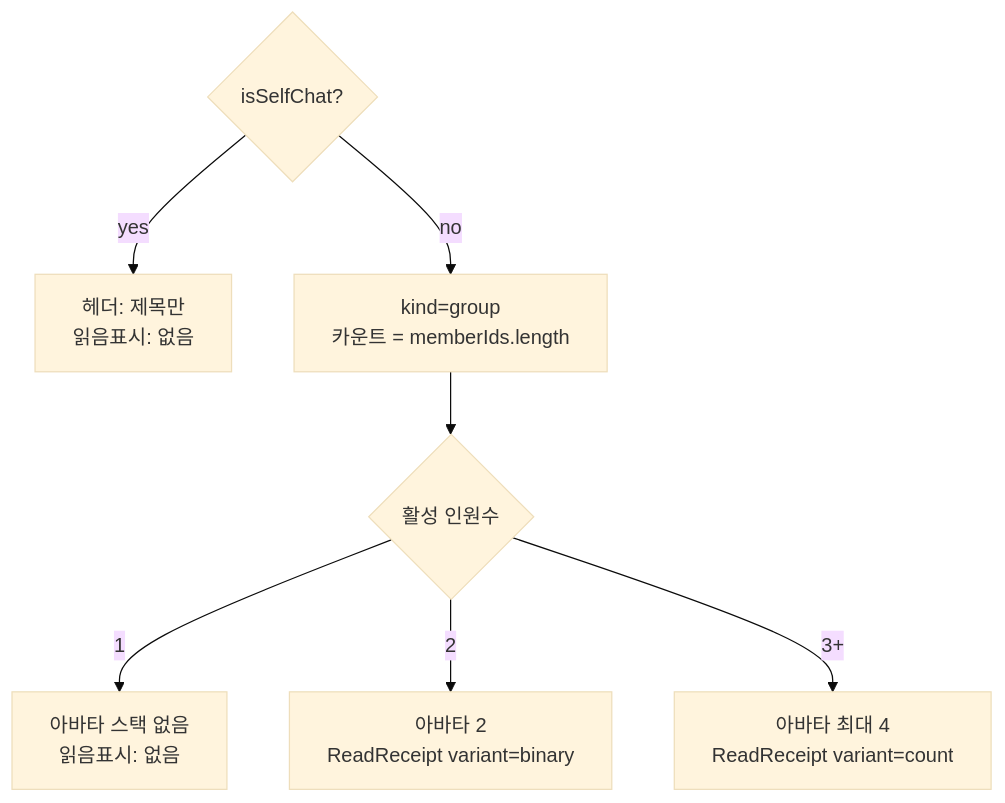
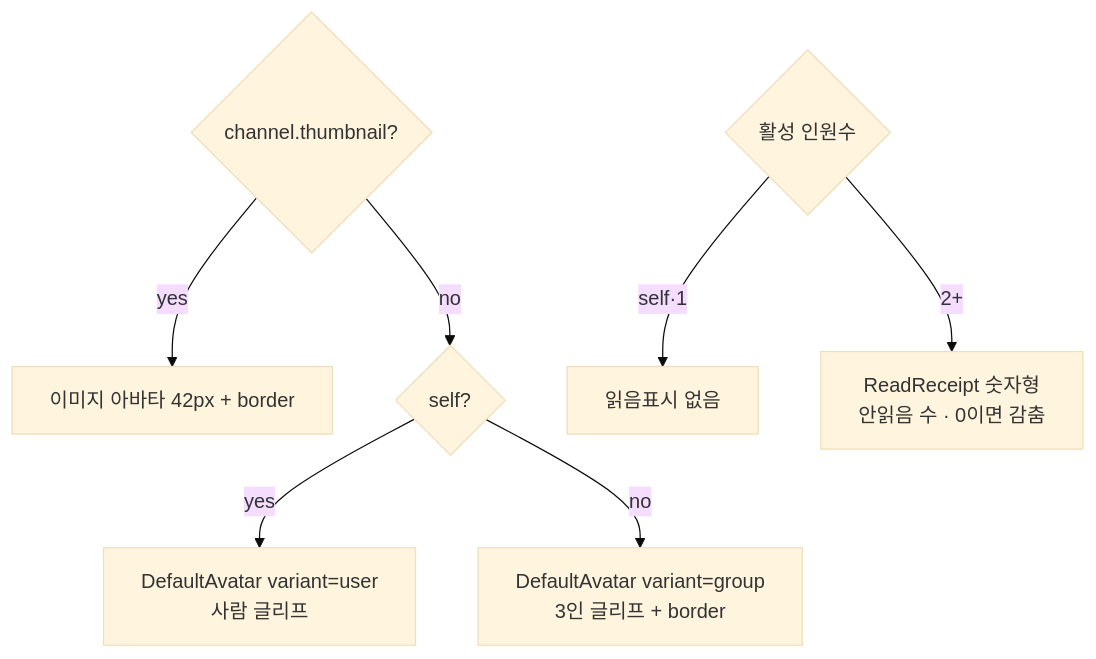
The second of 3 diagrams in apps/web/docs/feature/channels/chat-room-ui.md (lemoncloud-io/dou-app), drawn with Mermaid (base theme) before and after one commit. The commit also changed other lines of this file and 1 other file, not shown here.

Commit message:
docs(adr): 채널 룸 Figma 개선 기록(ADR-0021) 및 chat-room-ui 갱신

````diff
--- a/apps/web/docs/feature/channels/chat-room-ui.md
+++ b/apps/web/docs/feature/channels/chat-room-ui.md
@@ -106,9 +111,10 @@
 ```mermaid
 flowchart TD
-    A{isSelfChat?} -->|yes| Self[헤더: 제목만<br/>읽음표시: 없음]
-    A -->|no| G[kind=group<br/>카운트 = memberIds.length]
-    G --> M{활성 인원수}
-    M -->|1| C1[아바타 스택 없음<br/>읽음표시: 없음]
-    M -->|2| C2[아바타 2<br/>ReadReceipt variant=binary]
-    M -->|3+| CN[아바타 최대 4<br/>ReadReceipt variant=count]
+    T{channel.thumbnail?} -->|yes| Img[이미지 아바타 42px + border]
+    T -->|no| K{self?}
+    K -->|yes| P[DefaultAvatar variant=user<br/>사람 글리프]
+    K -->|no| G[DefaultAvatar variant=group<br/>3인 글리프 + border]
+
+    R{활성 인원수} -->|self·1| N[읽음표시 없음]
+    R -->|2+| U[ReadReceipt 숫자형<br/>안읽음 수 · 0이면 감춤]
 ```
````
